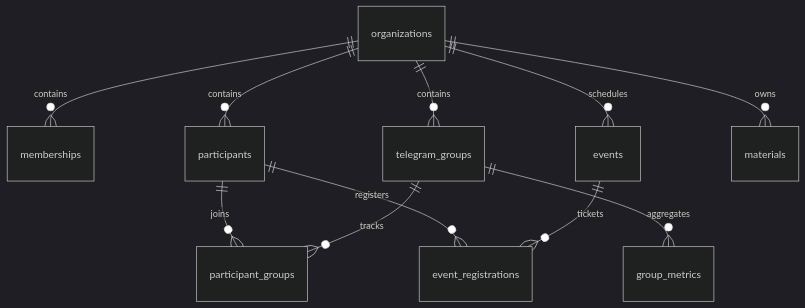
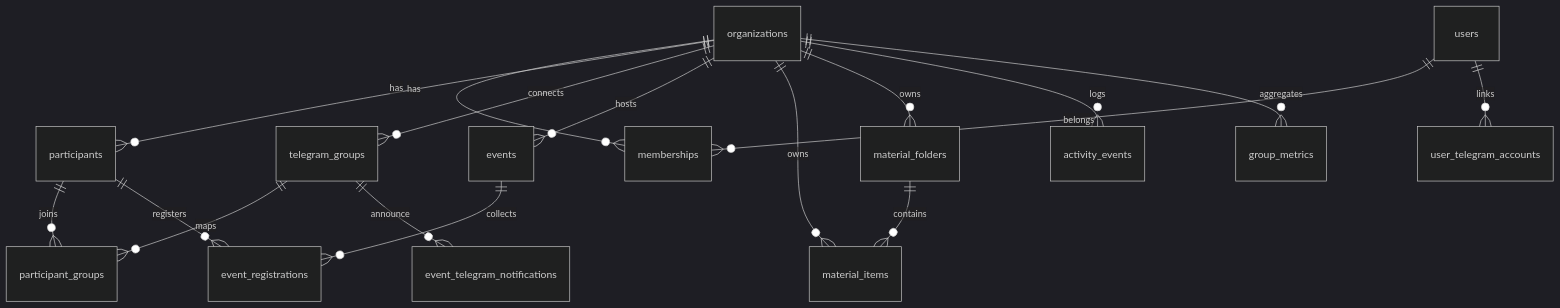
Before and after one commit to timgorshkov/orbo-1.1: the diagram in docs/DB-scema.md, drawn with Mermaid (dark theme). The commit also changed other lines of this file and 6 other files, not shown here.

First line of the commit message:
fix(telegram): Remove invalid fallback query for telegram_groups.org_id

````diff
--- a/docs/DB-scema.md
+++ b/docs/DB-scema.md
@@ -6,13 +68,19 @@
 ```mermaid
 erDiagram
-  organizations ||--o{ memberships : contains
-  organizations ||--o{ participants : contains
-  organizations ||--o{ telegram_groups : contains
-  organizations ||--o{ events : schedules
-  organizations ||--o{ materials : owns
-  participants ||--o{ participant_groups : joins
-  participants ||--o{ event_registrations : registers
-  telegram_groups ||--o{ participant_groups : tracks
-  telegram_groups ||--o{ group_metrics : aggregates
-  events ||--o{ event_registrations : tickets
+  organizations ||--o{ memberships : "has"
+  organizations ||--o{ participants : "has"
+  organizations ||--o{ telegram_groups : "connects"
+  organizations ||--o{ events : "hosts"
+  organizations ||--o{ material_items : "owns"
+  organizations ||--o{ material_folders : "owns"
+  organizations ||--o{ activity_events : "logs"
+  organizations ||--o{ group_metrics : "aggregates"
+  participants ||--o{ participant_groups : "joins"
+  participants ||--o{ event_registrations : "registers"
+  telegram_groups ||--o{ participant_groups : "maps"
+  telegram_groups ||--o{ event_telegram_notifications : "announce"
+  events ||--o{ event_registrations : "collects"
+  material_folders ||--o{ material_items : "contains"
+  users ||--o{ memberships : "belongs"
+  users ||--o{ user_telegram_accounts : "links"
 ```
````
